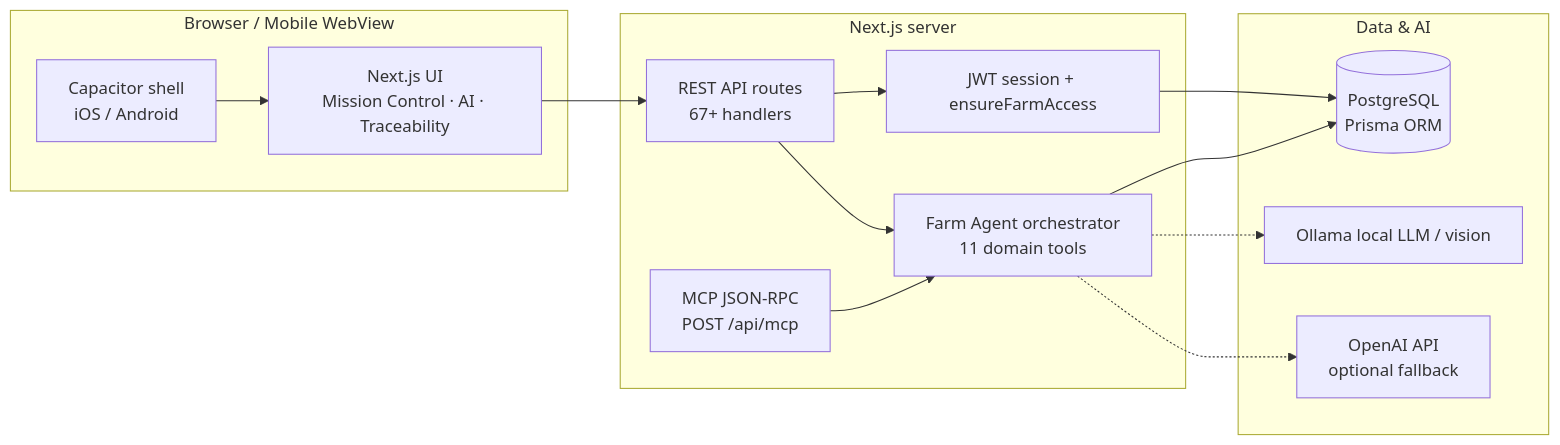
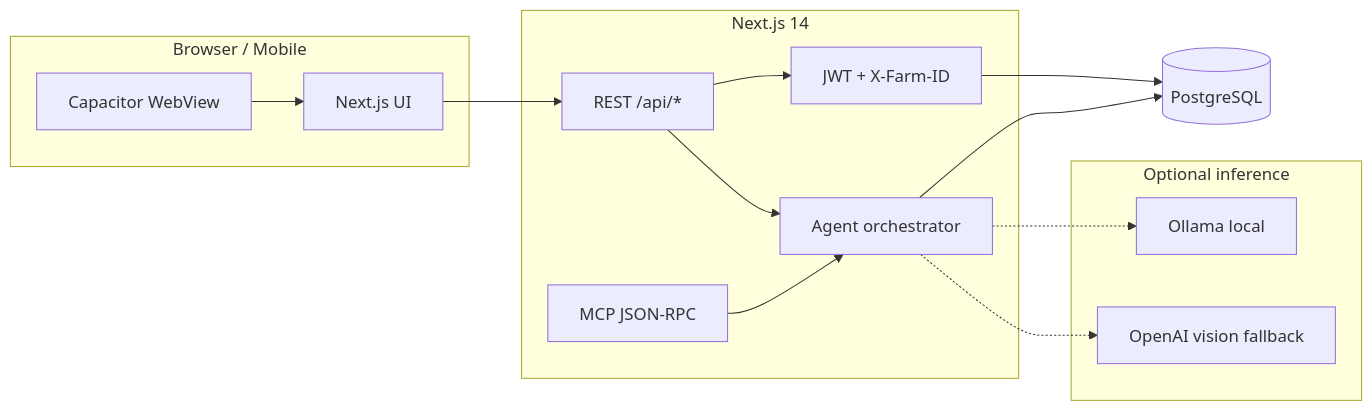
Before and after one commit to sharedoxygen/organic-farmer: the second of 2 diagrams in README.md, drawn with Mermaid. The commit also changed other lines of this file and 30 other files, not shown here.

````diff
--- a/README.md
+++ b/README.md
@@ -29,30 +95,29 @@
 ```mermaid
 flowchart LR
-  subgraph Client["Browser / Mobile WebView"]
-    UI[Next.js UI<br/>Mission Control · AI · Traceability]
-    Mobile[Capacitor shell<br/>iOS / Android]
+  subgraph Client["Browser / Mobile"]
+    UI[Next.js UI]
+    Cap[Capacitor WebView]
   end
 
-  subgraph Server["Next.js server"]
-    API[REST API routes<br/>67+ handlers]
-    Agent[Farm Agent orchestrator<br/>11 domain tools]
-    MCP[MCP JSON-RPC<br/>POST /api/mcp]
-    Auth[JWT session + ensureFarmAccess]
+  subgraph Server["Next.js 14"]
+    API[REST /api/*]
+    AG[Agent orchestrator]
+    MCP[MCP JSON-RPC]
+    AUTH[JWT + X-Farm-ID]
   end
 
-  subgraph Data["Data & AI"]
-    DB[(PostgreSQL<br/>Prisma ORM)]
-    Ollama[Ollama local LLM / vision]
-    OpenAI[OpenAI API<br/>optional fallback]
+  subgraph AI["Optional inference"]
+    OL[Ollama local]
+    OAI[OpenAI vision fallback]
   end
 
+  DB[(PostgreSQL)]
+
   UI --> API
-  Mobile --> UI
-  API --> Auth
-  Auth --> DB
-  API --> Agent
-  Agent --> DB
-  MCP --> Agent
-  Agent -.-> Ollama
-  Agent -.-> OpenAI
+  Cap --> UI
+  API --> AUTH --> DB
+  API --> AG --> DB
+  MCP --> AG
+  AG -.-> OL
+  AG -.-> OAI
 ```
````
